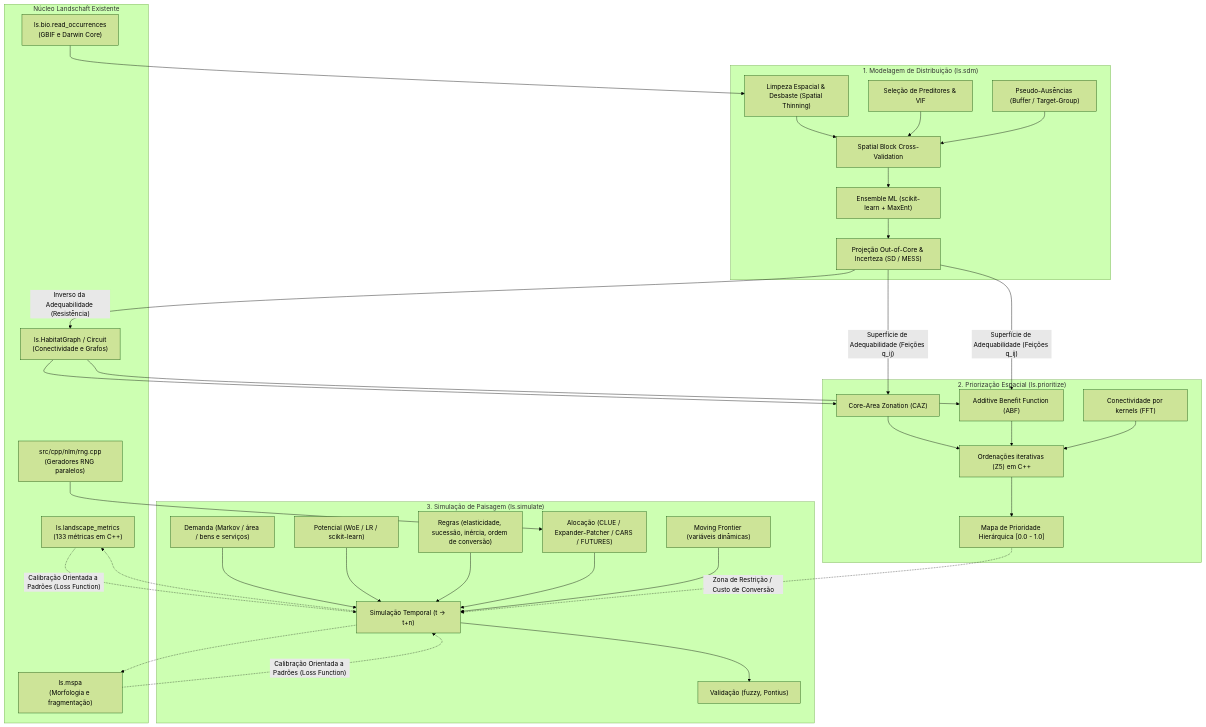
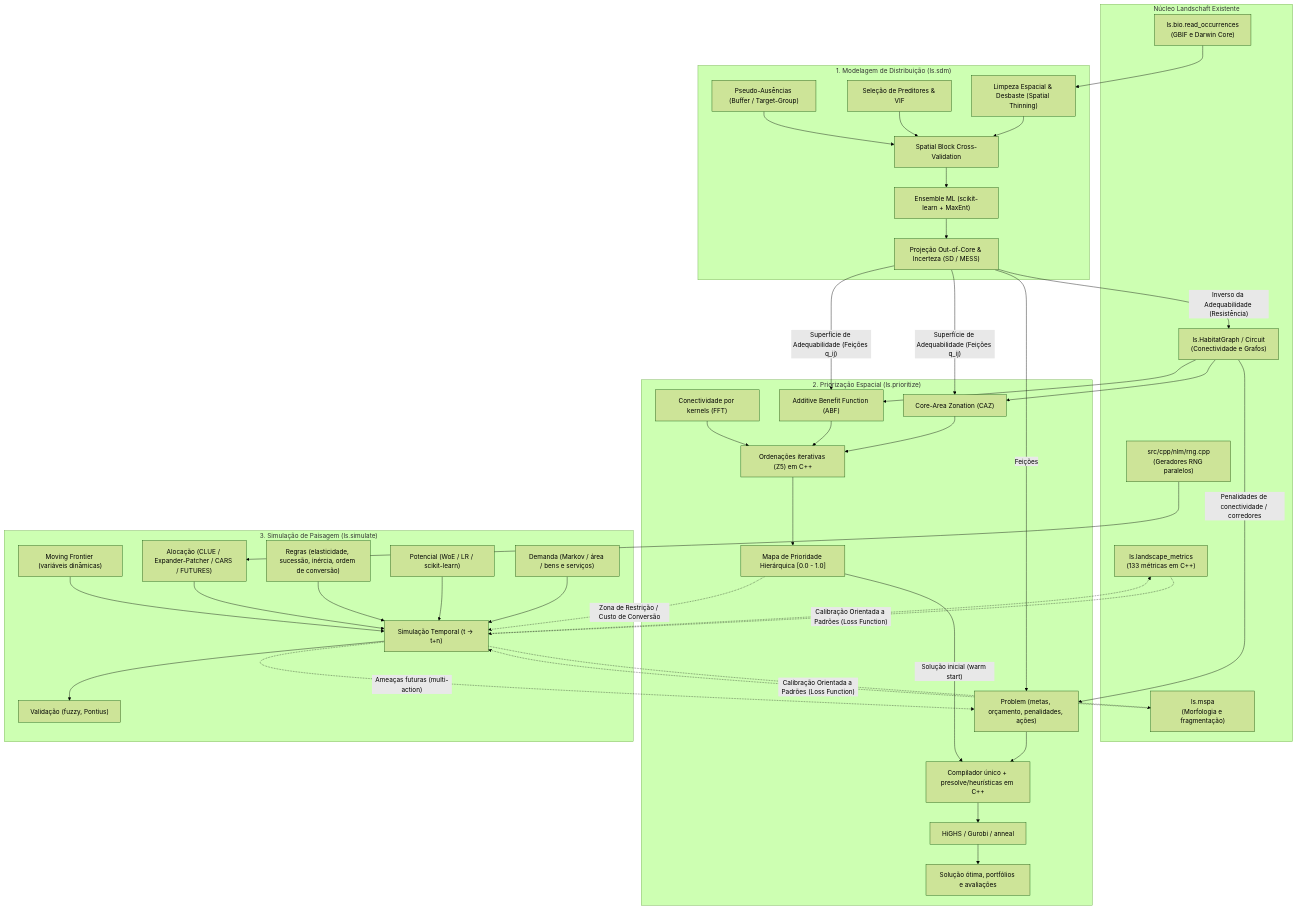
The diagram in IDEAS.md (sacridini/landschaft), drawn with Mermaid (forest theme) before and after one commit. The commit also changed other lines of this file, not shown here.

````diff
--- a/IDEAS.md
+++ b/IDEAS.md
@@ -1584,54 +1783,63 @@
 ```mermaid
 flowchart TD
     subgraph landschaft_Core ["Núcleo Landschaft Existente"]
         LSM["ls.landscape_metrics<br>(133 métricas em C++)"]
         MSPA["ls.mspa<br>(Morfologia e fragmentação)"]
         CONN["ls.HabitatGraph / Circuit<br>(Conectividade e Grafos)"]
         RNG["src/cpp/nlm/rng.cpp<br>(Geradores RNG paralelos)"]
         BIO["ls.bio.read_occurrences<br>(GBIF e Darwin Core)"]
     end
 
     subgraph Modulo_SDM ["1. Modelagem de Distribuição (ls.sdm)"]
         CLEAN["Limpeza Espacial & Desbaste (Spatial Thinning)"]
         VIF["Seleção de Preditores & VIF"]
         BG["Pseudo-Ausências (Buffer / Target-Group)"]
         SPAT_CV["Spatial Block Cross-Validation"]
         ENS["Ensemble ML (scikit-learn + MaxEnt)"]
         PROJ["Projeção Out-of-Core & Incerteza (SD / MESS)"]
 
         CLEAN & VIF & BG --> SPAT_CV
         SPAT_CV --> ENS
         ENS --> PROJ
     end
 
     subgraph Modulo_Prioritizacao ["2. Priorização Espacial (ls.prioritize)"]
         CAZ["Core-Area Zonation (CAZ)"]
         ABF["Additive Benefit Function (ABF)"]
         KERN["Conectividade por kernels (FFT)"]
         HEAP["Ordenações iterativas (Z5) em C++"]
 
         CAZ & ABF & KERN --> HEAP
         HEAP --> MAP_PRIO["Mapa de Prioridade Hierárquica [0.0 - 1.0]"]
+
+        PROB["Problem (metas, orçamento, penalidades, ações)"]
+        COMP["Compilador único + presolve/heurísticas em C++"]
+        SOLV["HiGHS / Gurobi / anneal"]
+        PROB --> COMP --> SOLV --> SOL["Solução ótima, portfólios e avaliações"]
+        MAP_PRIO -->|"Solução inicial (warm start)"| COMP
     end
 
     subgraph Modulo_Simulacao ["3. Simulação de Paisagem (ls.simulate)"]
         DEM["Demanda (Markov / área / bens e serviços)"]
         POT["Potencial (WoE / LR / scikit-learn)"]
         RUL["Regras (elasticidade, sucessão, inércia, ordem de conversão)"]
         ALO["Alocação (CLUE / Expander-Patcher / CARS / FUTURES)"]
         MOV_FRONT["Moving Frontier (variáveis dinâmicas)"]
 
         DEM & POT & RUL & ALO & MOV_FRONT --> SIM_STEP["Simulação Temporal (t -> t+n)"]
         SIM_STEP --> FUZZY["Validação (fuzzy, Pontius)"]
     end
 
     %% Conexões e Sinergias
     BIO --> CLEAN
     PROJ -->|"Superfície de Adequabilidade (Feições q_ij)"| CAZ & ABF
     PROJ -->|"Inverso da Adequabilidade (Resistência)"| CONN
     RNG --> ALO
     CONN --> CAZ & ABF
+    CONN -->|"Penalidades de conectividade / corredores"| PROB
+    PROJ -->|"Feições"| PROB
+    SIM_STEP -.->|"Ameaças futuras (multi-action)"| PROB
     SIM_STEP -.-> LSM & MSPA
     LSM & MSPA -.->|"Calibração Orientada a Padrões (Loss Function)"| SIM_STEP
     MAP_PRIO -.->|"Zona de Restrição / Custo de Conversão"| SIM_STEP
 ```
````
